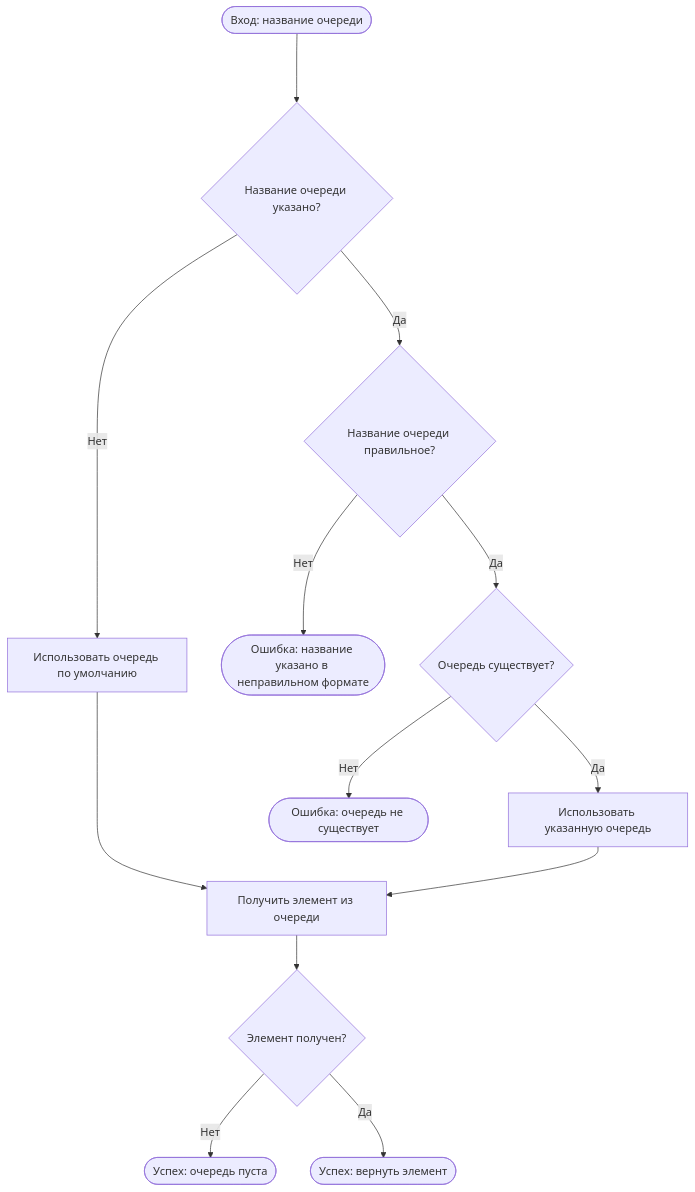
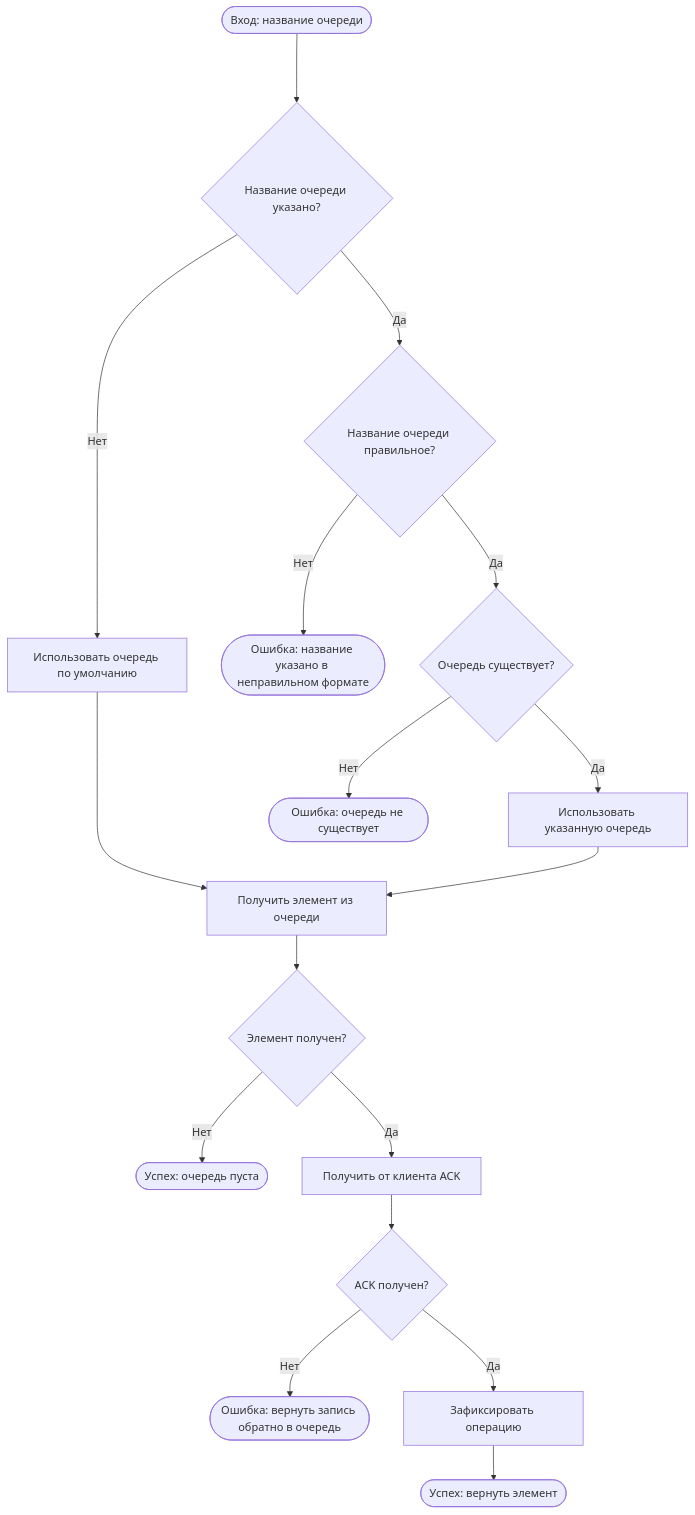
Before and after one commit to ashenBlade/TaskFlux: the second of 5 diagrams in docs/func-spec.md, drawn with Mermaid. The commit also changed other lines of this file and 1 other file, not shown here.

Commit message:
docs: добавил документацию для подтверждения чтения (ACK)

````diff
--- a/docs/func-spec.md
+++ b/docs/func-spec.md
@@ -100,28 +104,34 @@
 ```mermaid
 flowchart TD
     start([Вход: название очереди])
     check-queue-name{Название очереди указано?}
     use-default-queue[Использовать очередь по умолчанию]
     check-queue-name-valid{Название очереди правильное?}
     return-invalid-name([Ошибка: название указано в неправильном формате])
     use-specified-queue[Использовать указанную очередь]
     check-queue-exists{Очередь существует?}
     return-queue-not-exists([Ошибка: очередь не существует])
     dequeue-element[Получить элемент из очереди]
     got-element{Элемент получен?}
     return-empty([Успех: очередь пуста])
+    receive-acknowledge[Получить от клиента ACK]
+    is-ack-received{ACK получен?}
+    return-element-to-queue([Ошибка: вернуть запись обратно в очередь])
+    commit-dequeue[Зафиксировать операцию]
     return-element([Успех: вернуть элемент])
     
     start ---> check-queue-name
     check-queue-name -- Нет --> use-default-queue ---> dequeue-element
     check-queue-name -- Да --> check-queue-name-valid
     
     check-queue-name-valid -- Да --> check-queue-exists
     check-queue-name-valid -- Нет --> return-invalid-name
     
     check-queue-exists -- Нет --> return-queue-not-exists
     check-queue-exists -- Да --> use-specified-queue --> dequeue-element --> got-element
     
     got-element -- Нет --> return-empty
-    got-element -- Да --> return-element
+    got-element -- Да --> receive-acknowledge --> is-ack-received
+    is-ack-received -- Нет --> return-element-to-queue
+    is-ack-received -- Да --> commit-dequeue --> return-element
 ```
````
